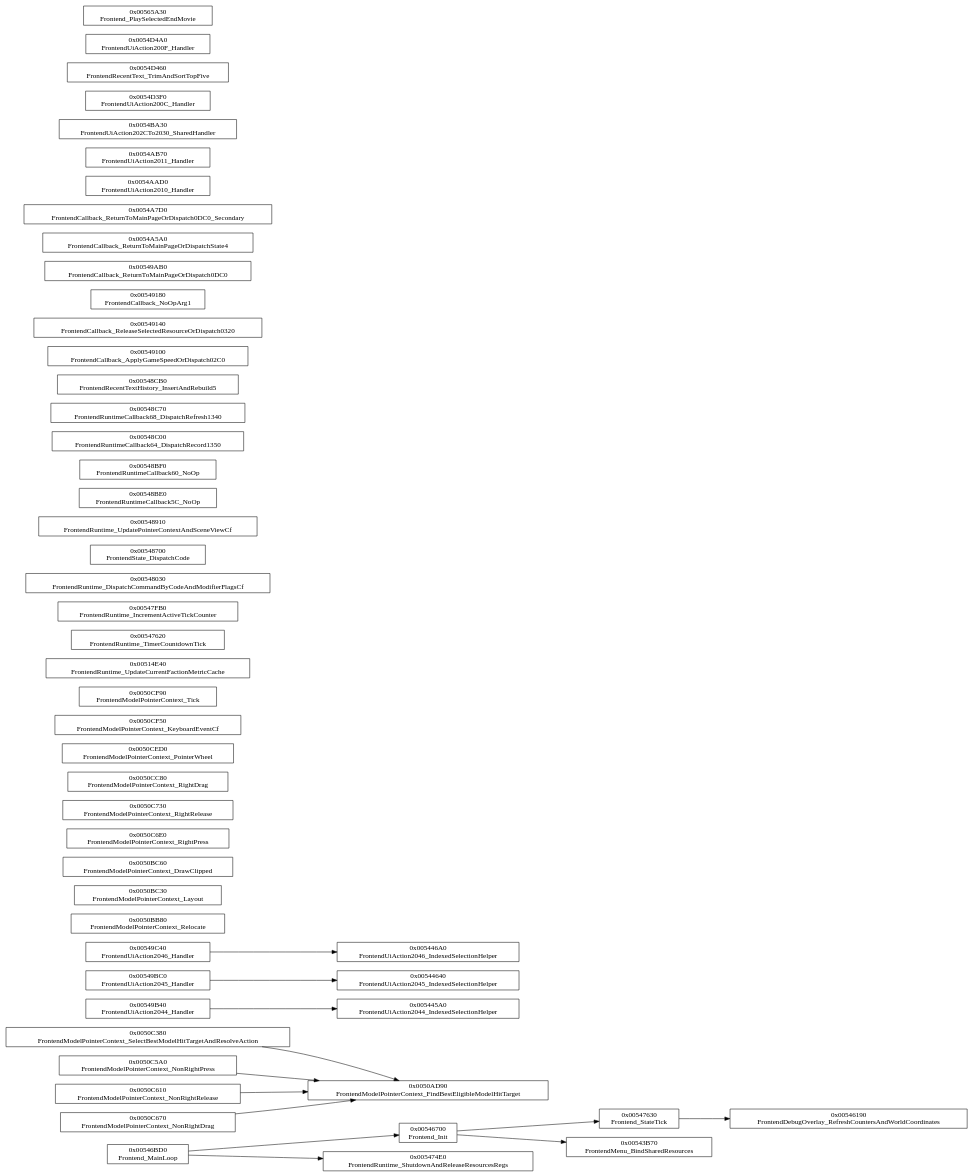
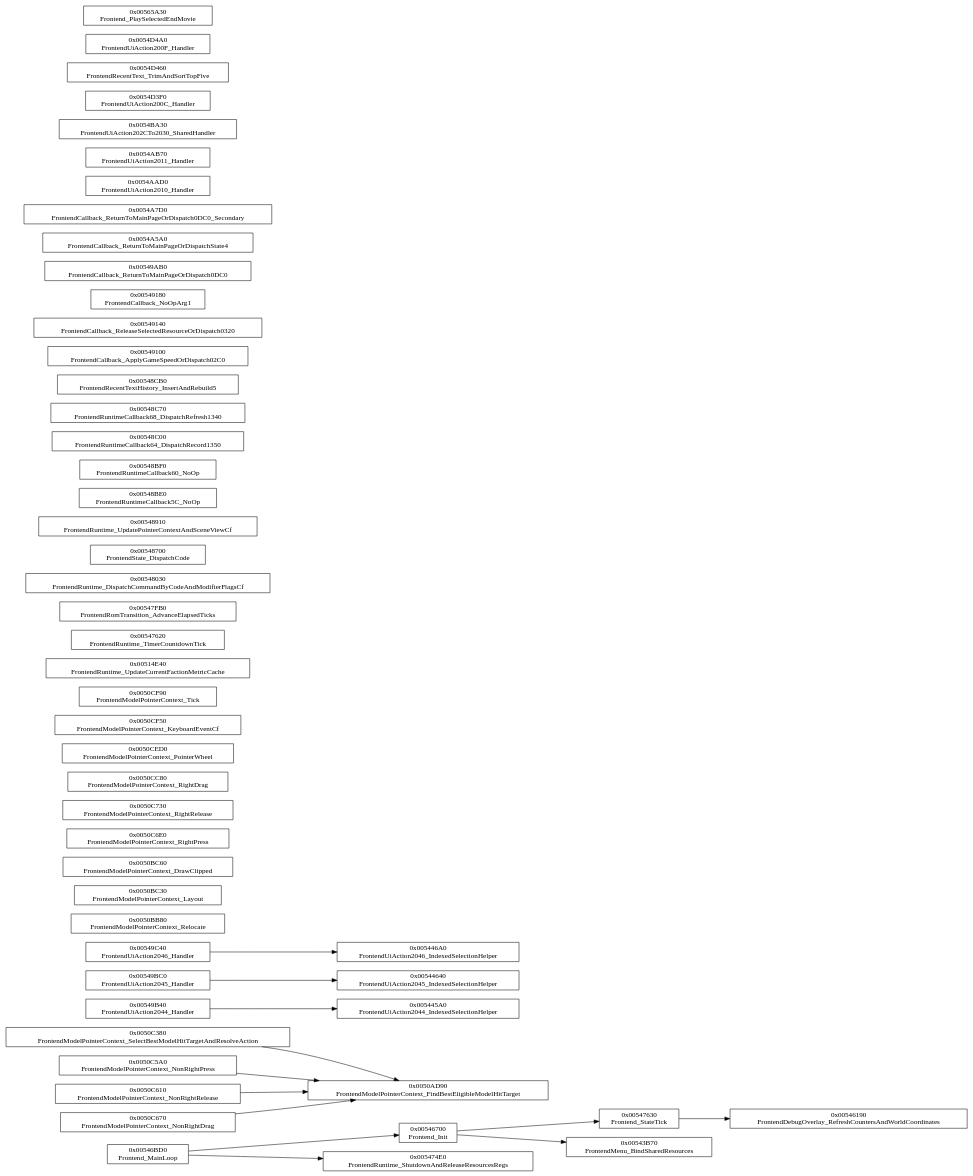
The diagram in docs/callgraphs/ui/frontend/runtime.dot (idkFoxes/open-thandor), drawn with Graphviz before and after one commit. The commit also changed 73 other files, not shown here.

```diff
--- a/docs/callgraphs/ui/frontend/runtime.dot
+++ b/docs/callgraphs/ui/frontend/runtime.dot
@@ -1,66 +1,66 @@
 digraph thandor {
   rankdir=LR;
   node [shape=box];
   "Frontend_MainLoop" [label="0x00546BD0\nFrontend_MainLoop"];
   "FrontendModelPointerContext_SelectBestModelHitTargetAndResolveAction" [label="0x0050C380\nFrontendModelPointerContext_SelectBestModelHitTargetAndResolveAction"];
   "FrontendModelPointerContext_NonRightPress" [label="0x0050C5A0\nFrontendModelPointerContext_NonRightPress"];
   "FrontendModelPointerContext_NonRightRelease" [label="0x0050C610\nFrontendModelPointerContext_NonRightRelease"];
   "FrontendModelPointerContext_NonRightDrag" [label="0x0050C670\nFrontendModelPointerContext_NonRightDrag"];
   "FrontendUiAction2044_Handler" [label="0x00549B40\nFrontendUiAction2044_Handler"];
   "FrontendUiAction2045_Handler" [label="0x00549BC0\nFrontendUiAction2045_Handler"];
   "FrontendUiAction2046_Handler" [label="0x00549C40\nFrontendUiAction2046_Handler"];
   "FrontendModelPointerContext_Relocate" [label="0x0050BB80\nFrontendModelPointerContext_Relocate"];
   "FrontendModelPointerContext_Layout" [label="0x0050BC30\nFrontendModelPointerContext_Layout"];
   "FrontendModelPointerContext_DrawClipped" [label="0x0050BC60\nFrontendModelPointerContext_DrawClipped"];
   "FrontendModelPointerContext_RightPress" [label="0x0050C6E0\nFrontendModelPointerContext_RightPress"];
   "FrontendModelPointerContext_RightRelease" [label="0x0050C730\nFrontendModelPointerContext_RightRelease"];
   "FrontendModelPointerContext_RightDrag" [label="0x0050CC80\nFrontendModelPointerContext_RightDrag"];
   "FrontendModelPointerContext_PointerWheel" [label="0x0050CED0\nFrontendModelPointerContext_PointerWheel"];
   "FrontendModelPointerContext_KeyboardEvent" [label="0x0050CF50\nFrontendModelPointerContext_KeyboardEventCf"];
   "FrontendModelPointerContext_Tick" [label="0x0050CF90\nFrontendModelPointerContext_Tick"];
   "FrontendRuntime_UpdateCurrentFactionMetricCache" [label="0x00514E40\nFrontendRuntime_UpdateCurrentFactionMetricCache"];
   "FrontendRuntime_TimerCountdownTick" [label="0x00547620\nFrontendRuntime_TimerCountdownTick"];
-  "FrontendRuntime_IncrementActiveTickCounter" [label="0x00547FB0\nFrontendRuntime_IncrementActiveTickCounter"];
+  "FrontendRomTransition_AdvanceElapsedTicks" [label="0x00547FB0\nFrontendRomTransition_AdvanceElapsedTicks"];
   "FrontendRuntime_DispatchCommandByCodeAndModifierFlags" [label="0x00548030\nFrontendRuntime_DispatchCommandByCodeAndModifierFlagsCf"];
   "FrontendState_DispatchCode" [label="0x00548700\nFrontendState_DispatchCode"];
   "FrontendRuntime_UpdatePointerContextAndSceneView" [label="0x00548910\nFrontendRuntime_UpdatePointerContextAndSceneViewCf"];
   "FrontendRuntimeCallback5C_NoOp" [label="0x00548BE0\nFrontendRuntimeCallback5C_NoOp"];
   "FrontendRuntimeCallback60_NoOp" [label="0x00548BF0\nFrontendRuntimeCallback60_NoOp"];
   "FrontendRuntimeCallback64_DispatchRecord1350" [label="0x00548C00\nFrontendRuntimeCallback64_DispatchRecord1350"];
   "FrontendRuntimeCallback68_DispatchRefresh1340" [label="0x00548C70\nFrontendRuntimeCallback68_DispatchRefresh1340"];
   "FrontendRecentTextHistory_InsertAndRebuild5" [label="0x00548CB0\nFrontendRecentTextHistory_InsertAndRebuild5"];
   "FrontendCallback_ApplyGameSpeedOrDispatch02C0" [label="0x00549100\nFrontendCallback_ApplyGameSpeedOrDispatch02C0"];
   "FrontendCallback_ReleaseSelectedResourceOrDispatch0320" [label="0x00549140\nFrontendCallback_ReleaseSelectedResourceOrDispatch0320"];
   "FrontendCallback_NoOpArg1" [label="0x00549180\nFrontendCallback_NoOpArg1"];
   "FrontendCallback_ReturnToMainPageOrDispatch0DC0" [label="0x00549AB0\nFrontendCallback_ReturnToMainPageOrDispatch0DC0"];
   "FrontendCallback_ReturnToMainPageOrDispatchState4" [label="0x0054A5A0\nFrontendCallback_ReturnToMainPageOrDispatchState4"];
   "FrontendCallback_ReturnToMainPageOrDispatch0DC0_Secondary" [label="0x0054A7D0\nFrontendCallback_ReturnToMainPageOrDispatch0DC0_Secondary"];
   "FrontendUiAction2010_Handler" [label="0x0054AAD0\nFrontendUiAction2010_Handler"];
   "FrontendUiAction2011_Handler" [label="0x0054AB70\nFrontendUiAction2011_Handler"];
   "FrontendUiAction202CTo2030_SharedHandler" [label="0x0054BA30\nFrontendUiAction202CTo2030_SharedHandler"];
   "FrontendUiAction200C_Handler" [label="0x0054D3F0\nFrontendUiAction200C_Handler"];
   "FrontendRecentText_TrimAndSortTopFive" [label="0x0054D460\nFrontendRecentText_TrimAndSortTopFive"];
   "FrontendUiAction200F_Handler" [label="0x0054D4A0\nFrontendUiAction200F_Handler"];
   "Frontend_PlaySelectedEndMovie" [label="0x00565A30\nFrontend_PlaySelectedEndMovie"];
   "Frontend_Init" [label="0x00546700\nFrontend_Init"];
   "Frontend_StateTick" [label="0x00547630\nFrontend_StateTick"];
   "FrontendMenu_BindSharedResources" [label="0x00543B70\nFrontendMenu_BindSharedResources"];
   "FrontendUiAction2044_IndexedSelectionHelper" [label="0x005445A0\nFrontendUiAction2044_IndexedSelectionHelper"];
   "FrontendUiAction2045_IndexedSelectionHelper" [label="0x00544640\nFrontendUiAction2045_IndexedSelectionHelper"];
   "FrontendUiAction2046_IndexedSelectionHelper" [label="0x005446A0\nFrontendUiAction2046_IndexedSelectionHelper"];
   "FrontendDebugOverlay_RefreshCountersAndWorldCoordinates" [label="0x00546190\nFrontendDebugOverlay_RefreshCountersAndWorldCoordinates"];
   "FrontendRuntime_ShutdownAndReleaseResourcesRegs" [label="0x005474E0\nFrontendRuntime_ShutdownAndReleaseResourcesRegs"];
   "FrontendModelPointerContext_FindBestEligibleModelHitTarget" [label="0x0050AD90\nFrontendModelPointerContext_FindBestEligibleModelHitTarget"];
   "Frontend_MainLoop" -> "Frontend_Init";
   "Frontend_MainLoop" -> "FrontendRuntime_ShutdownAndReleaseResourcesRegs";
   "FrontendModelPointerContext_SelectBestModelHitTargetAndResolveAction" -> "FrontendModelPointerContext_FindBestEligibleModelHitTarget";
   "FrontendModelPointerContext_NonRightPress" -> "FrontendModelPointerContext_FindBestEligibleModelHitTarget";
   "FrontendModelPointerContext_NonRightRelease" -> "FrontendModelPointerContext_FindBestEligibleModelHitTarget";
   "FrontendModelPointerContext_NonRightDrag" -> "FrontendModelPointerContext_FindBestEligibleModelHitTarget";
   "FrontendUiAction2044_Handler" -> "FrontendUiAction2044_IndexedSelectionHelper";
   "FrontendUiAction2045_Handler" -> "FrontendUiAction2045_IndexedSelectionHelper";
   "FrontendUiAction2046_Handler" -> "FrontendUiAction2046_IndexedSelectionHelper";
   "Frontend_Init" -> "FrontendMenu_BindSharedResources";
   "Frontend_Init" -> "Frontend_StateTick";
   "Frontend_StateTick" -> "FrontendDebugOverlay_RefreshCountersAndWorldCoordinates";
 }
```
